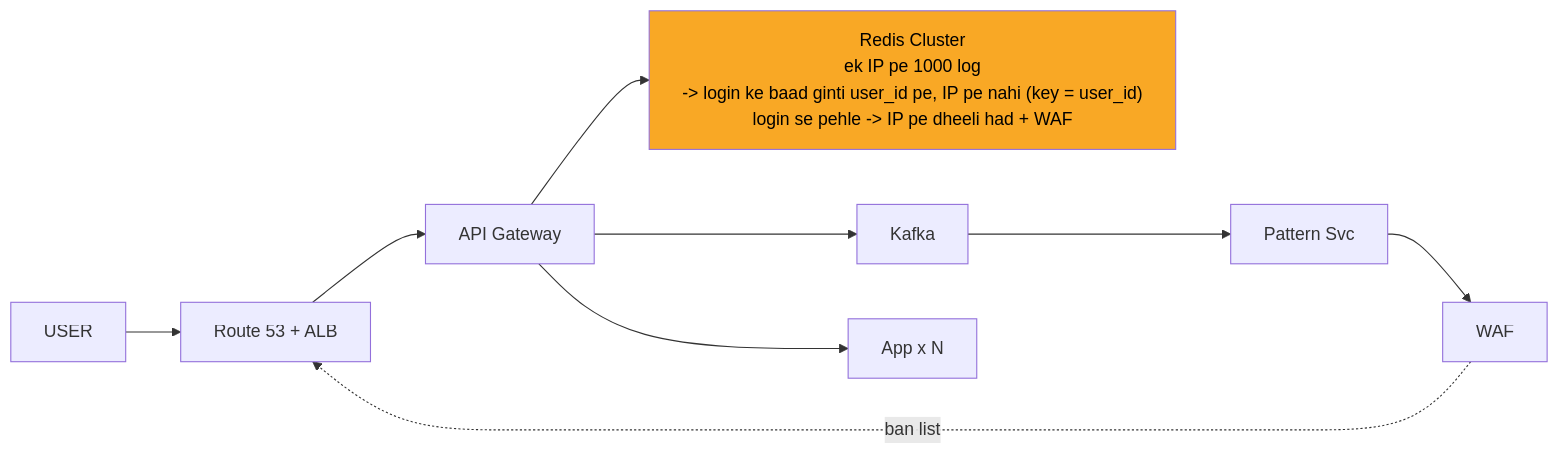
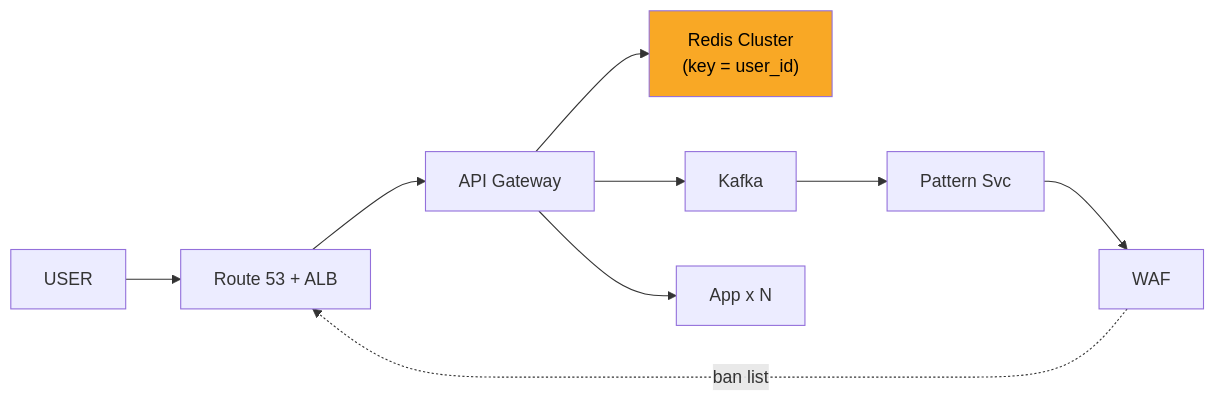
One commit to ArpanMaheshwari144/Prep changed the diagram in 04_HLD/SYSTEM_DESIGNS/02_rate_limiter/img/c9.mmd. Above: the diagram before and after it, drawn with Mermaid. The commit also changed 28 other files, not shown here.

```diff
--- a/04_HLD/SYSTEM_DESIGNS/02_rate_limiter/img/c9.mmd
+++ b/04_HLD/SYSTEM_DESIGNS/02_rate_limiter/img/c9.mmd
@@ -1,19 +1,19 @@
 %%{init: {"flowchart": {"wrappingWidth": 450}}}%%
 flowchart LR
     n_USER["USER"]
     n_EDGE["Route 53 + ALB"]
     n_API_Gateway["API Gateway"]
-    n_Redis_Cluster["Redis Cluster<br/>ek IP pe 1000 log<br/>-> login ke baad ginti user_id pe, IP pe nahi (key = user_id)<br/>login se pehle -> IP pe dheeli had + WAF"]
+    n_Redis_Cluster["Redis Cluster<br/>(key = user_id)"]
     n_Kafka["Kafka"]
     n_Pattern_Svc["Pattern Svc"]
     n_WAF["WAF"]
     n_App_xN["App x N"]
     n_EDGE --> n_API_Gateway
     n_API_Gateway --> n_Redis_Cluster
     n_API_Gateway --> n_App_xN
     n_Kafka --> n_Pattern_Svc
     n_Pattern_Svc --> n_WAF
     n_API_Gateway --> n_Kafka
     n_USER --> n_EDGE
     n_WAF -.->|ban list| n_EDGE
     style n_Redis_Cluster fill:#f9a825,color:#000
```
